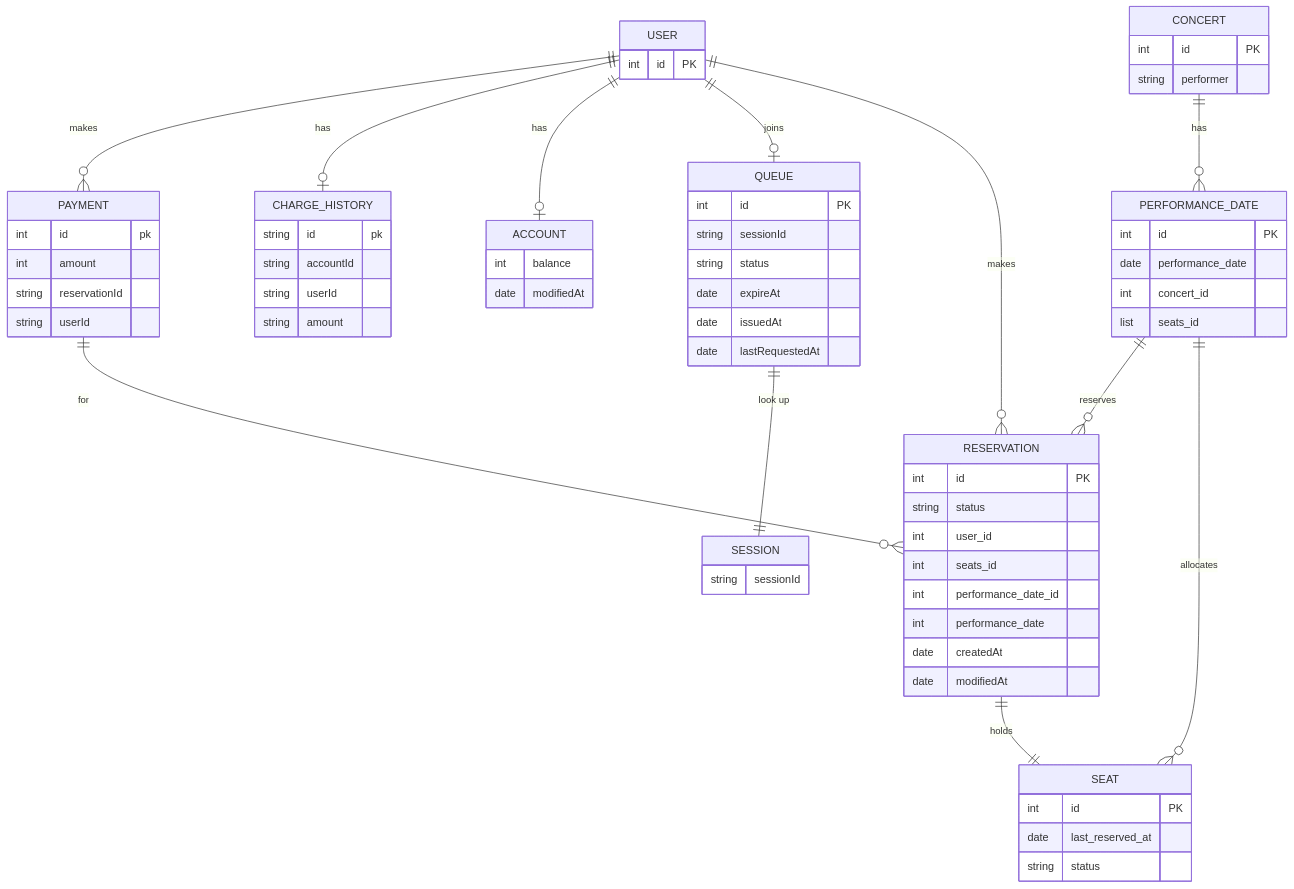
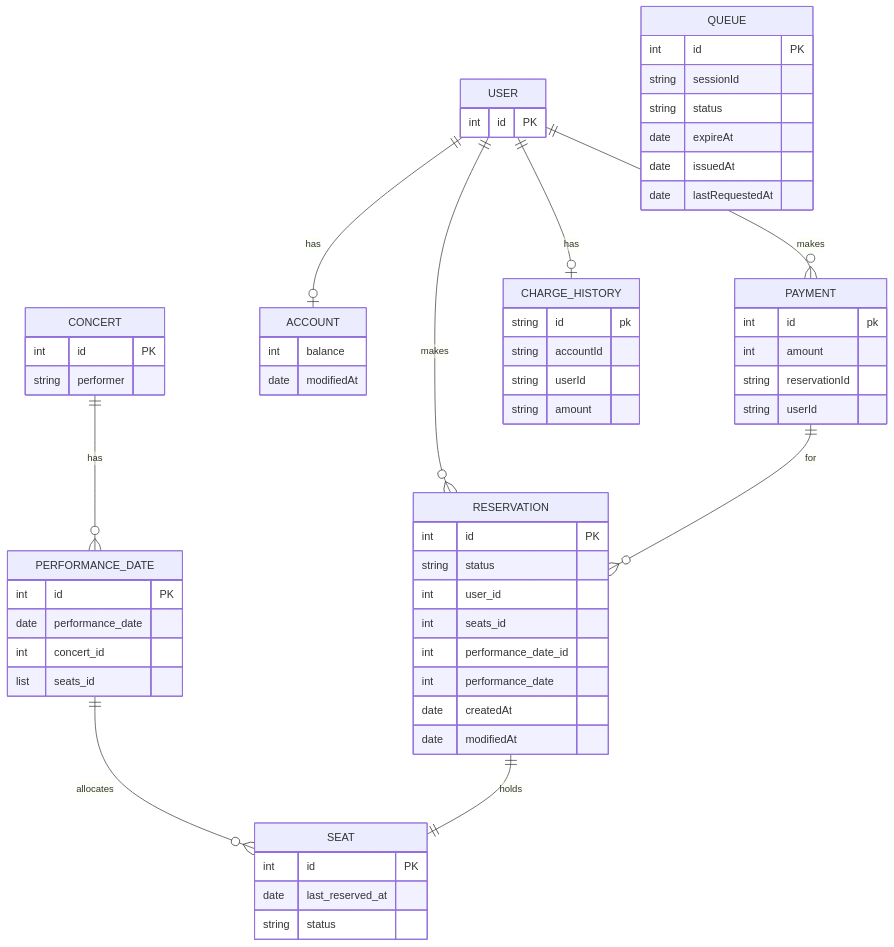
Before and after one commit to hpp-backend-15/java-concert-joonhyeokyang: the diagram in docs/markdown/3.ER 다이어그램.md, drawn with Mermaid. The commit also changed 6 other files, not shown here.

Commit message:
docs: ERD/시퀀스 변경 1. [시퀀스] 예약 발생시 좌석은 `PENDING` 상태로 변경 2. [ERD] 더이상 SessionId 사용 안함(wait_id로 변경). UUID만 제공하여 유저 식별한다. 이유는 굳이 구현할 필요 없어서 3. [ERD] 예약과 공연일 관계 삭제 4. [ERD] 잘못된 유저-QUEUE관계 삭제, 유저와 대기열은 상관없는 도메인이다.

````diff
--- a/docs/markdown/3.ER 다이어그램.md
+++ b/docs/markdown/3.ER 다이어그램.md
@@ -3,80 +3,73 @@
 ```mermaid
 erDiagram
     CONCERT {
         int id PK
         string performer
     }
 
     PERFORMANCE_DATE {
         int id PK
         date performance_date
         int concert_id
         list seats_id
     }
 
     SEAT {
         int id PK
         date last_reserved_at
         string status
     }
 
     USER {
         int id PK
     }
     
     ACCOUNT{
         int balance
         date modifiedAt
     }
     
     QUEUE{
         int id PK
         string sessionId
         string status
         date expireAt
         date issuedAt
         date lastRequestedAt
     }
     
-    SESSION{
-        string sessionId
-     }
     
     PAYMENT{
         int id pk
         int amount
         string reservationId
         string userId
     }
     
     CHARGE_HISTORY{
         string id pk
         string accountId
         string userId
         string amount
     }
 
     RESERVATION {
         int id PK
         string status
         int user_id
         int seats_id
         int performance_date_id
         int performance_date
         date createdAt
         date modifiedAt
     }
 
     CONCERT ||--o{ PERFORMANCE_DATE: "has"
     PERFORMANCE_DATE ||--o{ SEAT: "allocates"
     USER ||--o{ RESERVATION: "makes"
-    USER ||--o| QUEUE: "joins"
     USER ||--o| ACCOUNT: "has"
     USER ||--o| CHARGE_HISTORY: "has"
     USER ||--o{ PAYMENT: "makes"
-    QUEUE ||--|| SESSION: "look up"
     PAYMENT ||--o{ RESERVATION: "for"
     RESERVATION ||--|| SEAT: "holds"
-    PERFORMANCE_DATE ||--o{ RESERVATION: "reserves"
-    
 ```
````
